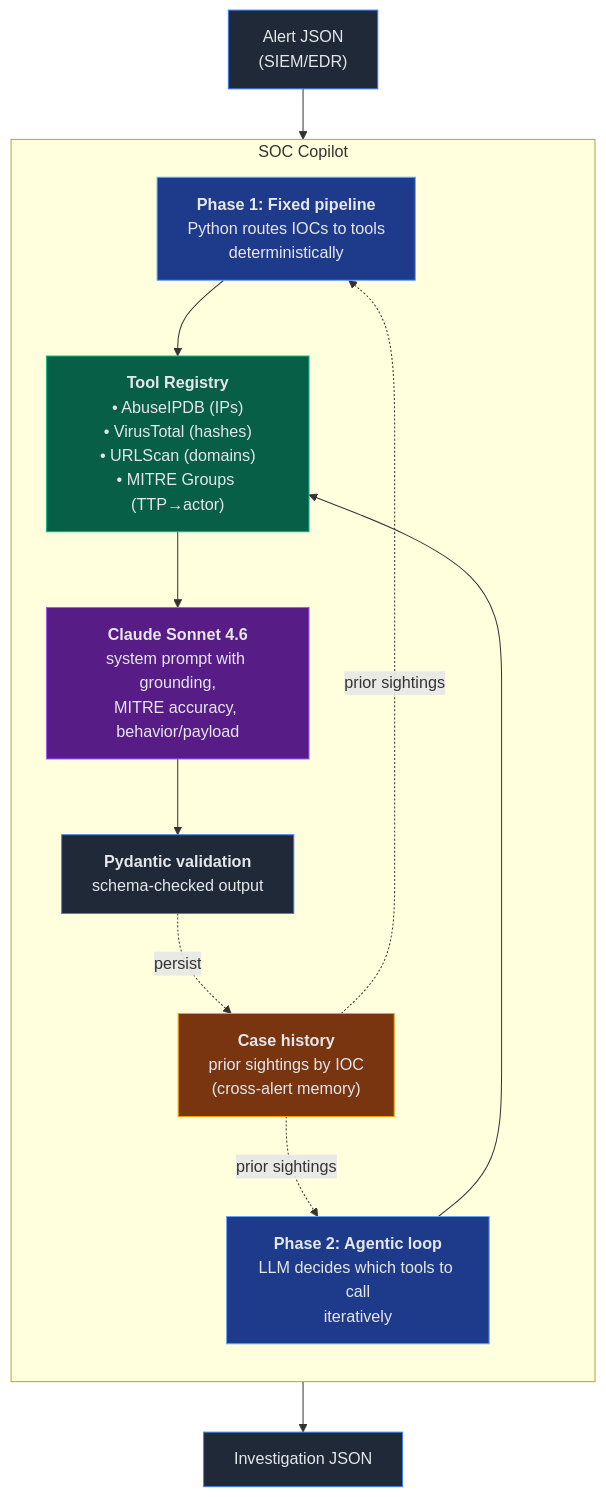
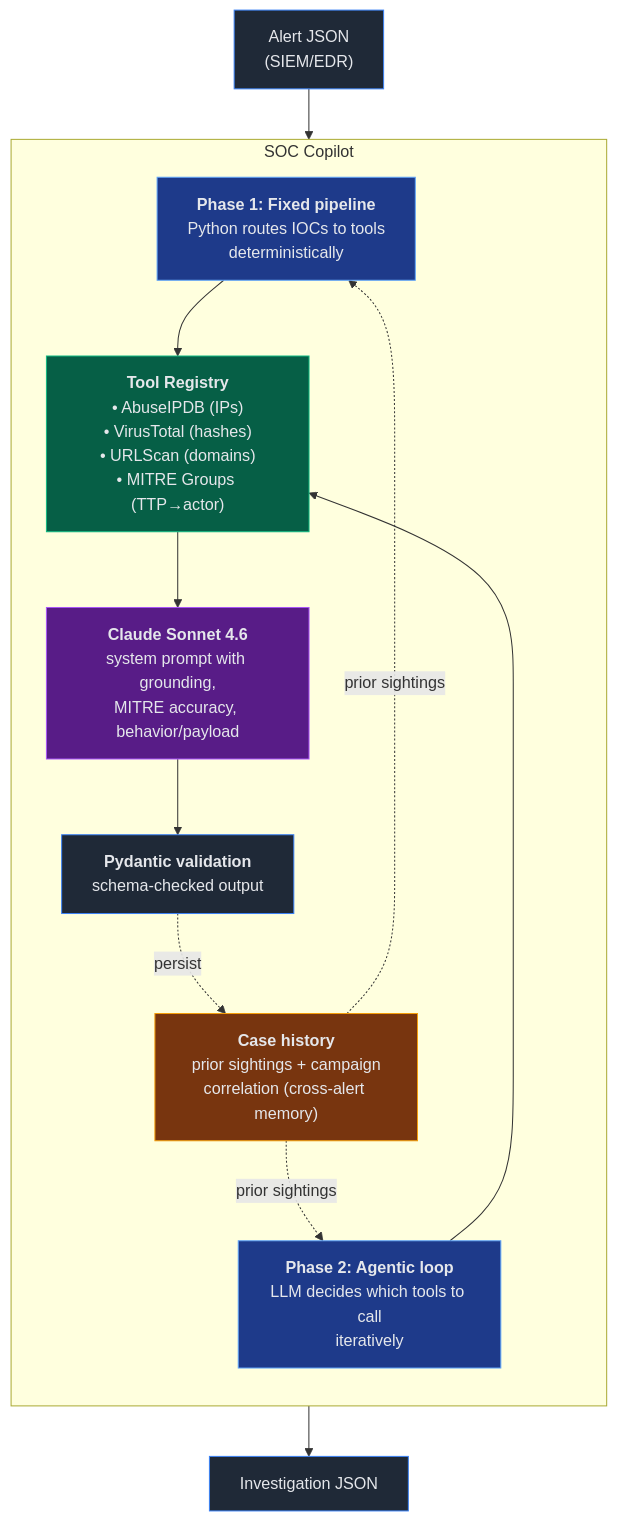
One commit to AizensCode/soc-copilot changed the diagram in README.md. Above: the diagram before and after it, drawn with Mermaid. The commit also changed other lines of this file and 5 other files, not shown here.

First line of the commit message:
Add multi-alert correlation (campaign detection)

````diff
--- a/README.md
+++ b/README.md
@@ -48,42 +48,42 @@
 ```mermaid
 flowchart TD
     Alert["Alert JSON<br/>(SIEM/EDR)"] --> Copilot
 
     subgraph Copilot["SOC Copilot"]
         direction TB
         Phase1["<b>Phase 1: Fixed pipeline</b><br/>Python routes IOCs to tools<br/>deterministically"]
         Phase2["<b>Phase 2: Agentic loop</b><br/>LLM decides which tools to call<br/>iteratively"]
 
         Registry["<b>Tool Registry</b><br/>• AbuseIPDB (IPs)<br/>• VirusTotal (hashes)<br/>• URLScan (domains)<br/>• MITRE Groups (TTP→actor)"]
 
         LLM["<b>Claude Sonnet 4.6</b><br/>system prompt with grounding,<br/>MITRE accuracy, behavior/payload"]
 
         Validation["<b>Pydantic validation</b><br/>schema-checked output"]
 
-        History["<b>Case history</b><br/>prior sightings by IOC<br/>(cross-alert memory)"]
+        History["<b>Case history</b><br/>prior sightings + campaign<br/>correlation (cross-alert memory)"]
 
         Phase1 --> Registry
         Phase2 --> Registry
         Registry --> LLM
         LLM --> Validation
         History -.->|prior sightings| Phase1
         History -.->|prior sightings| Phase2
         Validation -.->|persist| History
     end
 
     Copilot --> Output["Investigation JSON"]
 
     classDef alert fill:#1f2937,stroke:#3b82f6,color:#e5e7eb
     classDef phase fill:#1e3a8a,stroke:#60a5fa,color:#e5e7eb
     classDef tool fill:#065f46,stroke:#10b981,color:#e5e7eb
     classDef llm fill:#581c87,stroke:#a855f7,color:#e5e7eb
     classDef output fill:#1f2937,stroke:#3b82f6,color:#e5e7eb
     classDef store fill:#78350f,stroke:#f59e0b,color:#e5e7eb
 
     class Alert,Output alert
     class Phase1,Phase2 phase
     class Registry tool
     class LLM llm
     class Validation output
     class History store
 ```
````
